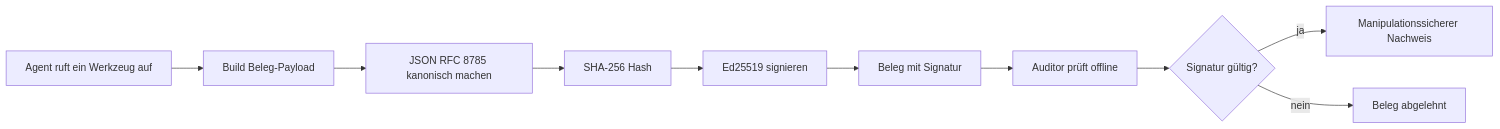
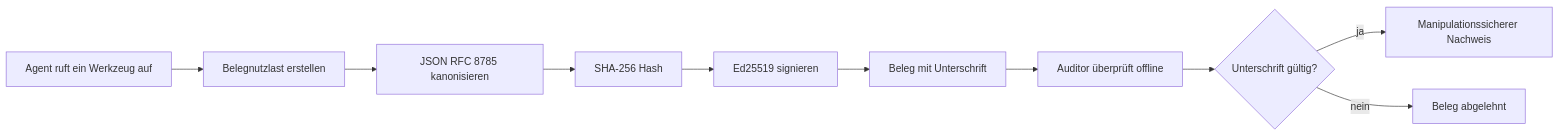
The first of 2 diagrams in mirrors/repos/microsoft@ai-agents-for-beginners/translations/de/18-securing-ai-agents/README.md (gabrielmoreira/agent-skills-mirror), drawn with Mermaid before and after one commit. The commit also changed other lines of this file and 2285 other files, not shown here.

````diff
--- a/mirrors/repos/microsoft@ai-agents-for-beginners/translations/de/18-securing-ai-agents/README.md
+++ b/mirrors/repos/microsoft@ai-agents-for-beginners/translations/de/18-securing-ai-agents/README.md
@@ -51,12 +51,12 @@
 ```mermaid
 flowchart LR
-    A[Agent ruft ein Werkzeug auf] --> B[Build Beleg-Payload]
-    B --> C[JSON RFC 8785 kanonisch machen]
+    A[Agent ruft ein Werkzeug auf] --> B[Belegnutzlast erstellen]
+    B --> C[JSON RFC 8785 kanonisieren]
     C --> D[SHA-256 Hash]
     D --> E[Ed25519 signieren]
-    E --> F[Beleg mit Signatur]
-    F --> G[Auditor prüft offline]
-    G --> H{Signatur gültig?}
+    E --> F[Beleg mit Unterschrift]
+    F --> G[Auditor überprüft offline]
+    G --> H{Unterschrift gültig?}
     H -- ja --> I[Manipulationssicherer Nachweis]
     H -- nein --> J[Beleg abgelehnt]
 ```
````
